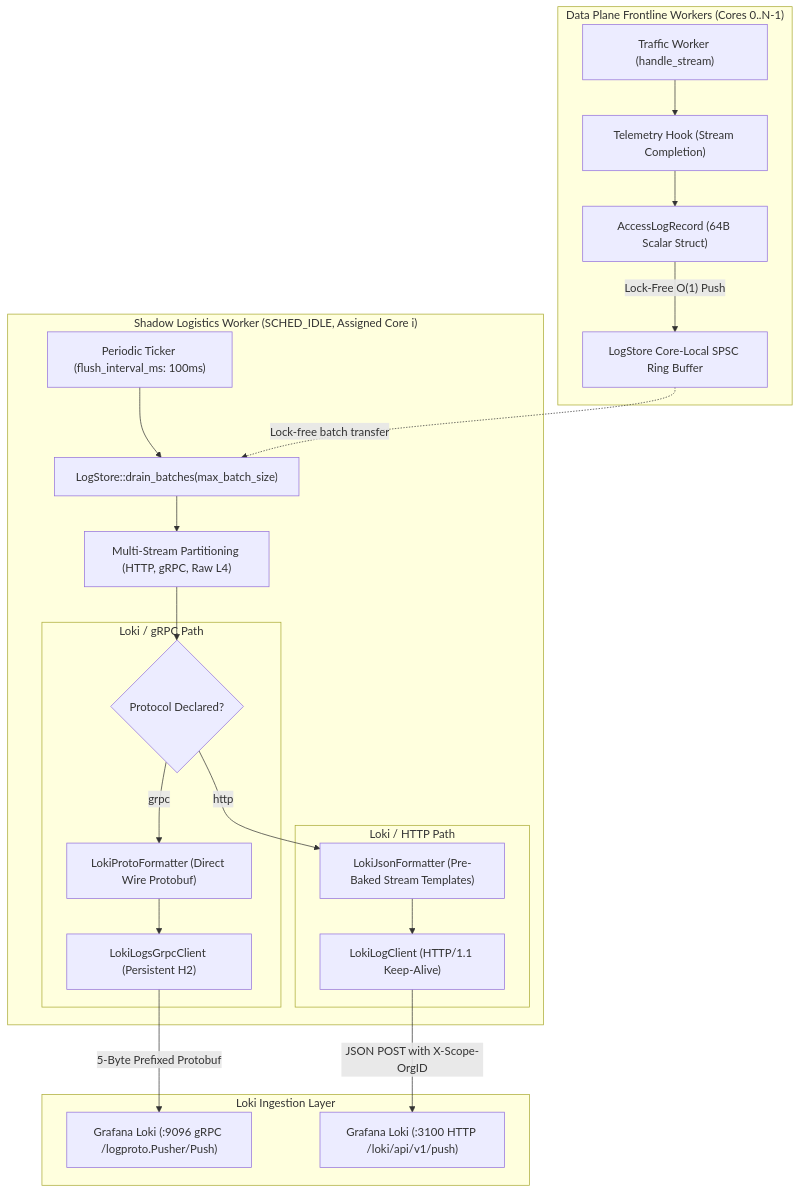
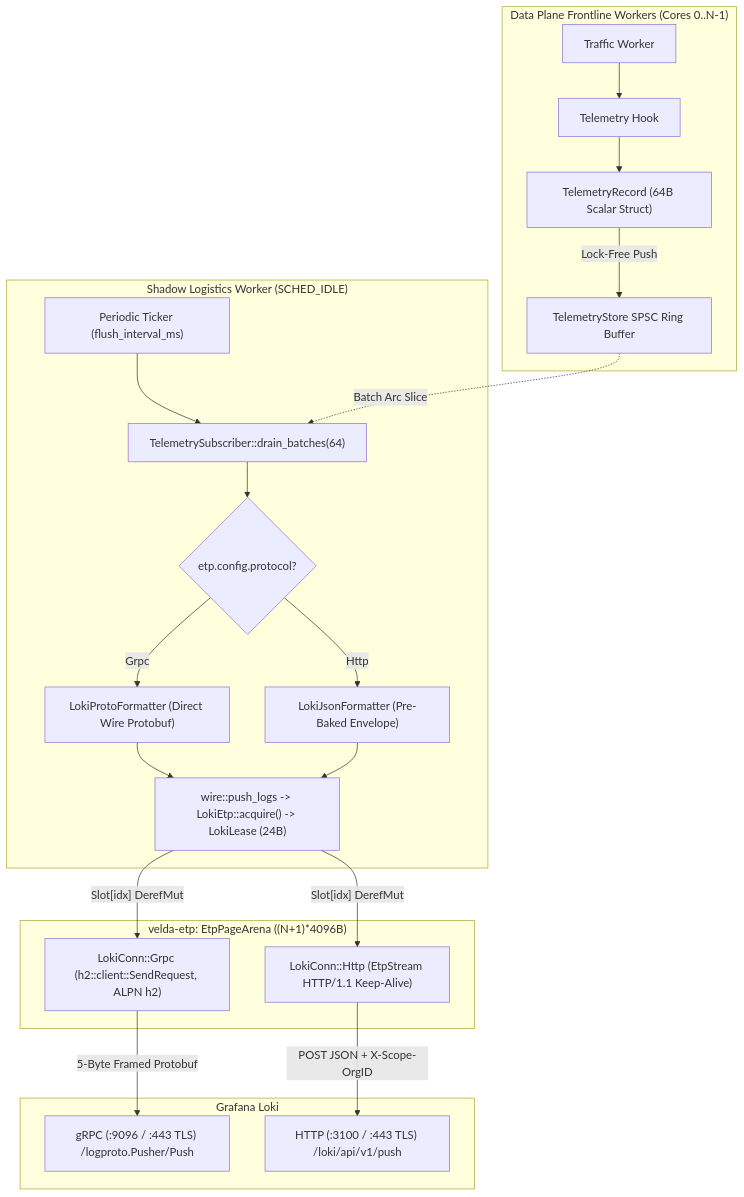
Before and after one commit to phucle996/velda-edge: the diagram in crates/velda-plugin/src/background/loki_log_shipper/ARCHITECTURE.md, drawn with Mermaid. The commit also changed other lines of this file and 106 other files, not shown here.

Commit message:
feat(velda-plugin,velda-etp): migrate all 9 background plugins to ETP, add ES docs, and eliminate statsd formatter bloat

````diff
--- a/crates/velda-plugin/src/background/loki_log_shipper/ARCHITECTURE.md
+++ b/crates/velda-plugin/src/background/loki_log_shipper/ARCHITECTURE.md
@@ -19,46 +19,44 @@
 ```mermaid
 flowchart TD
     subgraph DataPlane["Data Plane Frontline Workers (Cores 0..N-1)"]
-        FW["Traffic Worker (handle_stream)"]
-        HOOK["Telemetry Hook (Stream Completion)"]
-        RECORD["AccessLogRecord (64B Scalar Struct)"]
-        RING["LogStore Core-Local SPSC Ring Buffer"]
+        FW["Traffic Worker"]
+        HOOK["Telemetry Hook"]
+        RECORD["TelemetryRecord (64B Scalar Struct)"]
+        RING["TelemetryStore SPSC Ring Buffer"]
 
         FW --> HOOK
         HOOK --> RECORD
-        RECORD -->|"Lock-Free O(1) Push"| RING
+        RECORD -->|"Lock-Free Push"| RING
     end
 
-    subgraph ShadowWorker["Shadow Logistics Worker (SCHED_IDLE, Assigned Core i)"]
-        LOOP["Periodic Ticker (flush_interval_ms: 100ms)"]
-        DRAIN["LogStore::drain_batches(max_batch_size)"]
-        PARTITION["Multi-Stream Partitioning (HTTP, gRPC, Raw L4)"]
-        MODE{"Protocol Declared?"}
+    subgraph ShadowWorker["Shadow Logistics Worker (SCHED_IDLE)"]
+        LOOP["Periodic Ticker (flush_interval_ms)"]
+        DRAIN["TelemetrySubscriber::drain_batches(64)"]
+        PROTO_CHECK{"etp.config.protocol?"}
+        FMT_PROTO["LokiProtoFormatter (Direct Wire Protobuf)"]
+        FMT_JSON["LokiJsonFormatter (Pre-Baked Envelope)"]
+        WIRE["wire::push_logs -> LokiEtp::acquire() -> LokiLease (24B)"]
 
         LOOP --> DRAIN
-        RING -.->|"Lock-free batch transfer"| DRAIN
-        DRAIN --> PARTITION
-        PARTITION --> MODE
-
-        subgraph GrpcEngine["Loki / gRPC Path"]
-            PROTO_FMT["LokiProtoFormatter (Direct Wire Protobuf)"]
-            H2_CLIENT["LokiLogsGrpcClient (Persistent H2)"]
-            MODE -->|"grpc"| PROTO_FMT
-            PROTO_FMT --> H2_CLIENT
-        end
-
-        subgraph HttpEngine["Loki / HTTP Path"]
-            JSON_FMT["LokiJsonFormatter (Pre-Baked Stream Templates)"]
-            HTTP_CLIENT["LokiLogClient (HTTP/1.1 Keep-Alive)"]
-            MODE -->|"http"| JSON_FMT
-            JSON_FMT --> HTTP_CLIENT
-        end
+        RING -.->|"Batch Arc Slice"| DRAIN
+        DRAIN --> PROTO_CHECK
+        PROTO_CHECK -->|"Grpc"| FMT_PROTO
+        PROTO_CHECK -->|"Http"| FMT_JSON
+        FMT_PROTO --> WIRE
+        FMT_JSON --> WIRE
     end
 
-    subgraph Collector["Loki Ingestion Layer"]
-        LOKI_GRPC["Grafana Loki (:9096 gRPC /logproto.Pusher/Push)"]
-        LOKI_HTTP["Grafana Loki (:3100 HTTP /loki/api/v1/push)"]
-        H2_CLIENT -->|"5-Byte Prefixed Protobuf"| LOKI_GRPC
-        HTTP_CLIENT -->|"JSON POST with X-Scope-OrgID"| LOKI_HTTP
+    subgraph ETP["velda-etp: EtpPageArena<LokiConn> ((N+1)*4096B)"]
+        SLOT_G["LokiConn::Grpc (h2::client::SendRequest, ALPN h2)"]
+        SLOT_H["LokiConn::Http (EtpStream HTTP/1.1 Keep-Alive)"]
+        WIRE -->|"Slot[idx] DerefMut"| SLOT_G
+        WIRE -->|"Slot[idx] DerefMut"| SLOT_H
+    end
+
+    subgraph Collector["Grafana Loki"]
+        LOKI_GRPC["gRPC (:9096 / :443 TLS) /logproto.Pusher/Push"]
+        LOKI_HTTP["HTTP (:3100 / :443 TLS) /loki/api/v1/push"]
+        SLOT_G -->|"5-Byte Framed Protobuf"| LOKI_GRPC
+        SLOT_H -->|"POST JSON + X-Scope-OrgID"| LOKI_HTTP
     end
 ```
````
